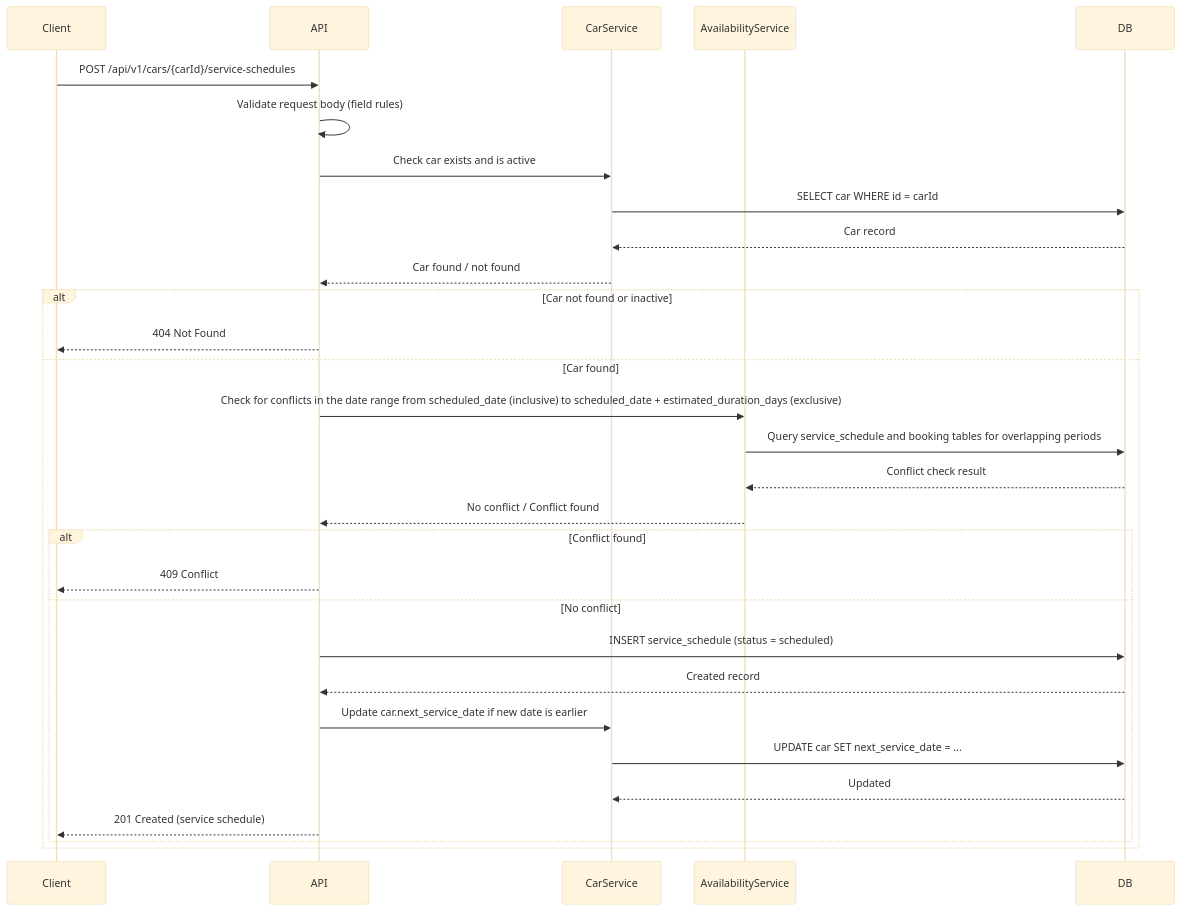
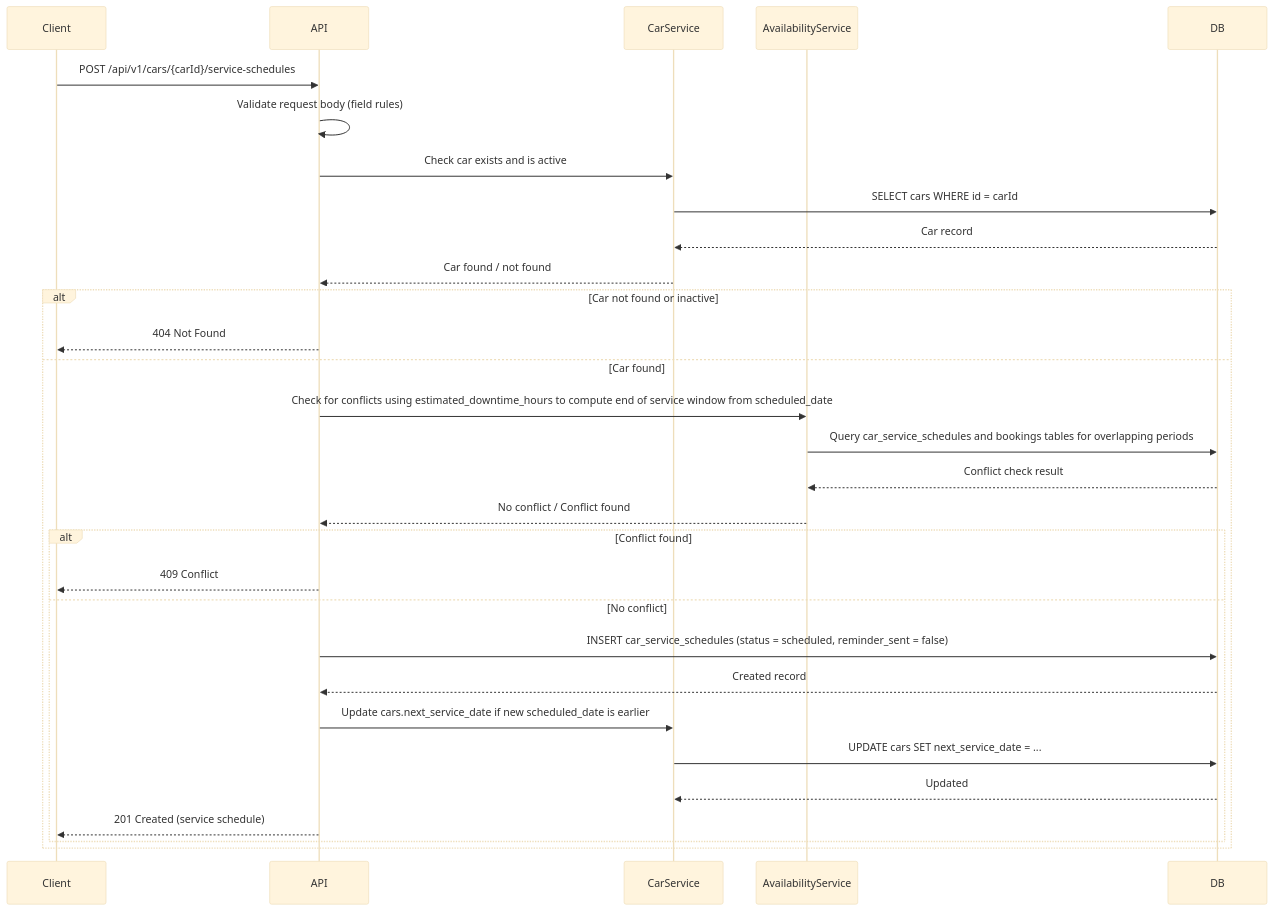
Before and after one commit to RavishankarDuMCA10/ai-sdlc: the first of 3 diagrams in docs/trd/trd-car-management-service-maintenance.md, drawn with Mermaid (base theme). The commit also changed other lines of this file and 1 other file, not shown here.

Commit message:
Align database design and TRD with consolidated car management schema

````diff
--- a/docs/trd/trd-car-management-service-maintenance.md
+++ b/docs/trd/trd-car-management-service-maintenance.md
@@ -273,35 +271,35 @@
 ```mermaid
 sequenceDiagram
     participant Client
     participant API
     participant CarService
     participant AvailabilityService
     participant DB
 
     Client->>API: POST /api/v1/cars/{carId}/service-schedules
     API->>API: Validate request body (field rules)
     API->>CarService: Check car exists and is active
-    CarService->>DB: SELECT car WHERE id = carId
+    CarService->>DB: SELECT cars WHERE id = carId
     DB-->>CarService: Car record
     CarService-->>API: Car found / not found
 
     alt Car not found or inactive
         API-->>Client: 404 Not Found
     else Car found
-        API->>AvailabilityService: Check for conflicts in the date range from scheduled_date (inclusive) to scheduled_date + estimated_duration_days (exclusive)
-        AvailabilityService->>DB: Query service_schedule and booking tables for overlapping periods
+        API->>AvailabilityService: Check for conflicts using estimated_downtime_hours to compute end of service window from scheduled_date
+        AvailabilityService->>DB: Query car_service_schedules and bookings tables for overlapping periods
         DB-->>AvailabilityService: Conflict check result
         AvailabilityService-->>API: No conflict / Conflict found
 
         alt Conflict found
             API-->>Client: 409 Conflict
         else No conflict
-            API->>DB: INSERT service_schedule (status = scheduled)
+            API->>DB: INSERT car_service_schedules (status = scheduled, reminder_sent = false)
             DB-->>API: Created record
-            API->>CarService: Update car.next_service_date if new date is earlier
-            CarService->>DB: UPDATE car SET next_service_date = ...
+            API->>CarService: Update cars.next_service_date if new scheduled_date is earlier
+            CarService->>DB: UPDATE cars SET next_service_date = ...
             DB-->>CarService: Updated
             API-->>Client: 201 Created (service schedule)
         end
     end
 ```
````
